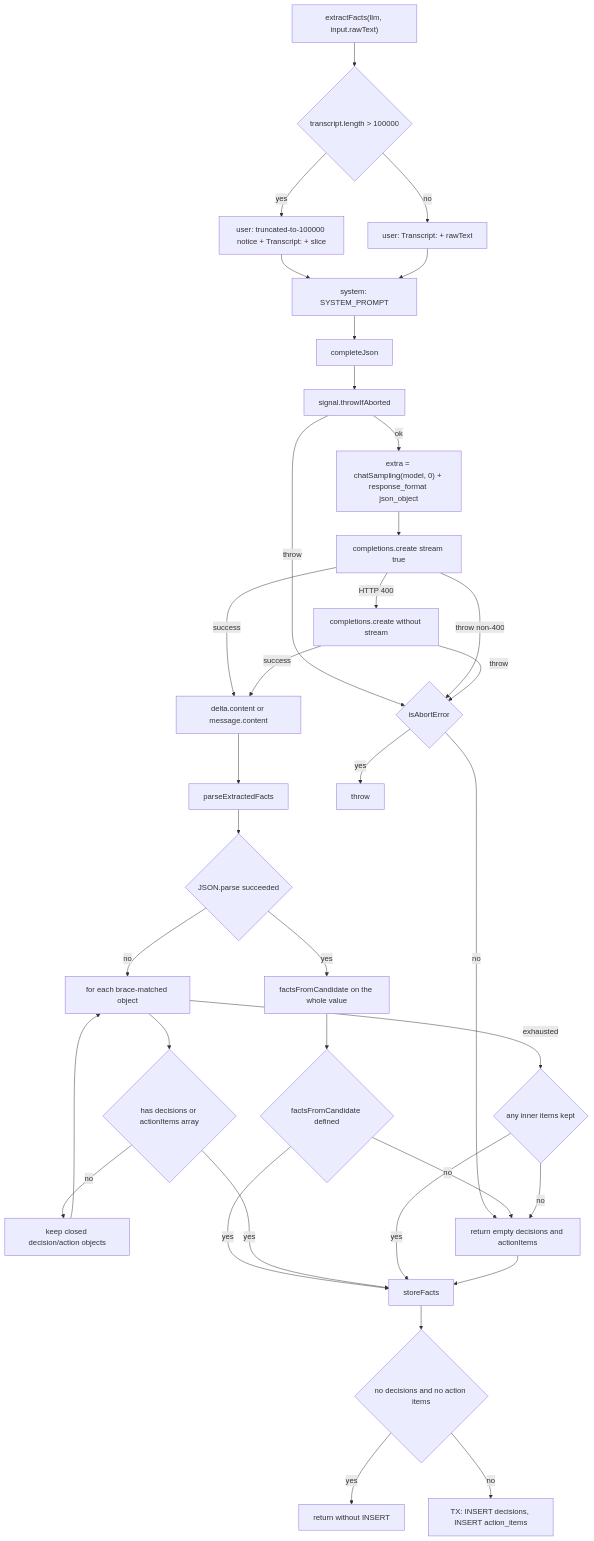
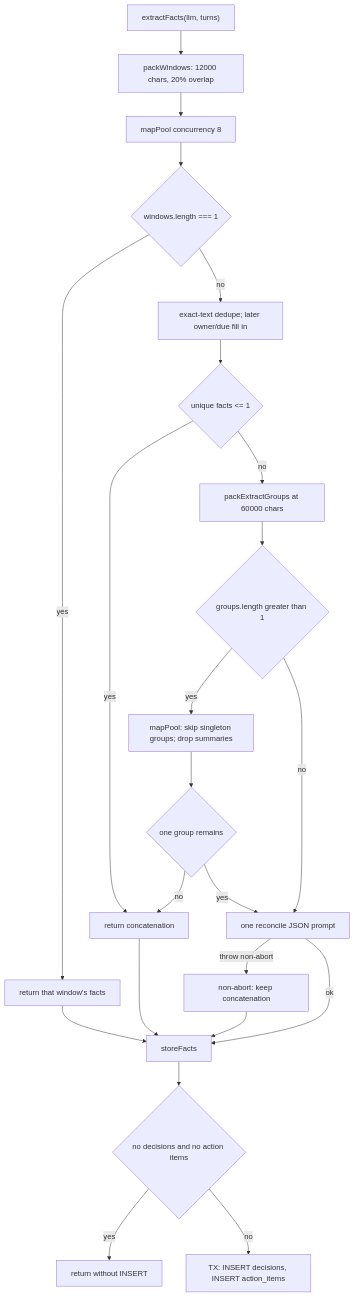
One commit to adamrefaey/meeting-intelligence changed the sixth of 7 diagrams in docs/flows/ingestion.md. Above: the diagram before and after it, drawn with Mermaid. The commit also changed other lines of this file and 4 other files, not shown here.

````diff
--- a/docs/flows/ingestion.md
+++ b/docs/flows/ingestion.md
@@ -271,57 +277,36 @@
 ```mermaid
 flowchart TD
-  start["extractFacts(llm, input.rawText)"]
-  trunc{"transcript.length > 100000"}
-  slice["user: truncated-to-100000 notice + Transcript: + slice"]
-  full["user: Transcript: + rawText"]
-  sys["system: SYSTEM_PROMPT"]
-  complete["completeJson"]
-  cjAbort["signal.throwIfAborted"]
-  extra["extra = chatSampling(model, 0) + response_format json_object"]
-  streamed["completions.create stream true"]
-  plain["completions.create without stream"]
-  content["delta.content or message.content"]
-  parse["parseExtractedFacts"]
-  parsed{"JSON.parse succeeded"}
-  direct["factsFromCandidate on the whole value"]
-  usableDirect{"factsFromCandidate defined"}
-  scan["for each brace-matched object"]
-  container{"has decisions or actionItems array"}
-  classify["keep closed decision/action objects"]
-  hasInner{"any inner items kept"}
-  empty["return empty decisions and actionItems"]
-  abort{"isAbortError"}
-  rethrow["throw"]
+  start["extractFacts(llm, turns)"]
+  pack["packWindows: 12000 chars, 20% overlap"]
+  map["mapPool concurrency 8"]
+  one{"windows.length === 1"}
+  skip["return that window's facts"]
+  concat["exact-text dedupe; later owner/due fill in"]
+  few{"unique facts <= 1"}
+  skipConcat["return concatenation"]
+  groups["packExtractGroups at 60000 chars"]
+  many{"groups.length greater than 1"}
+  collapse["mapPool: skip singleton groups; drop summaries"]
+  packed{"one group remains"}
+  reduce["one reconcile JSON prompt"]
+  reduceFail["non-abort: keep concatenation"]
   store["storeFacts"]
   bothEmpty{"no decisions and no action items"}
   noop["return without INSERT"]
   insert["TX: INSERT decisions, INSERT action_items"]
 
-  start --> trunc
-  trunc -->|yes| slice --> sys
-  trunc -->|no| full --> sys
-  sys --> complete --> cjAbort
-  cjAbort -->|throw| abort
-  cjAbort -->|ok| extra --> streamed
-  streamed -->|success| content
-  streamed -->|throw non-400| abort
-  streamed -->|HTTP 400| plain
-  plain -->|success| content
-  plain -->|throw| abort
-  abort -->|yes| rethrow
-  abort -->|no| empty
-  content --> parse --> parsed
-  parsed -->|yes| direct --> usableDirect
-  usableDirect -->|no| empty
-  usableDirect -->|yes| store
-  parsed -->|no| scan --> container
-  container -->|yes| store
-  container -->|no| classify --> scan
-  scan -->|exhausted| hasInner
-  hasInner -->|yes| store
-  hasInner -->|no| empty
-  empty --> store
+  start --> pack --> map --> one
+  one -->|yes| skip --> store
+  one -->|no| concat --> few
+  few -->|yes| skipConcat --> store
+  few -->|no| groups --> many
+  many -->|yes| collapse --> packed
+  packed -->|yes| reduce
+  packed -->|no| skipConcat
+  many -->|no| reduce
+  reduce -->|throw non-abort| reduceFail --> store
+  reduce -->|ok| store
   store --> bothEmpty
   bothEmpty -->|yes| noop
   bothEmpty -->|no| insert
 ```
````
